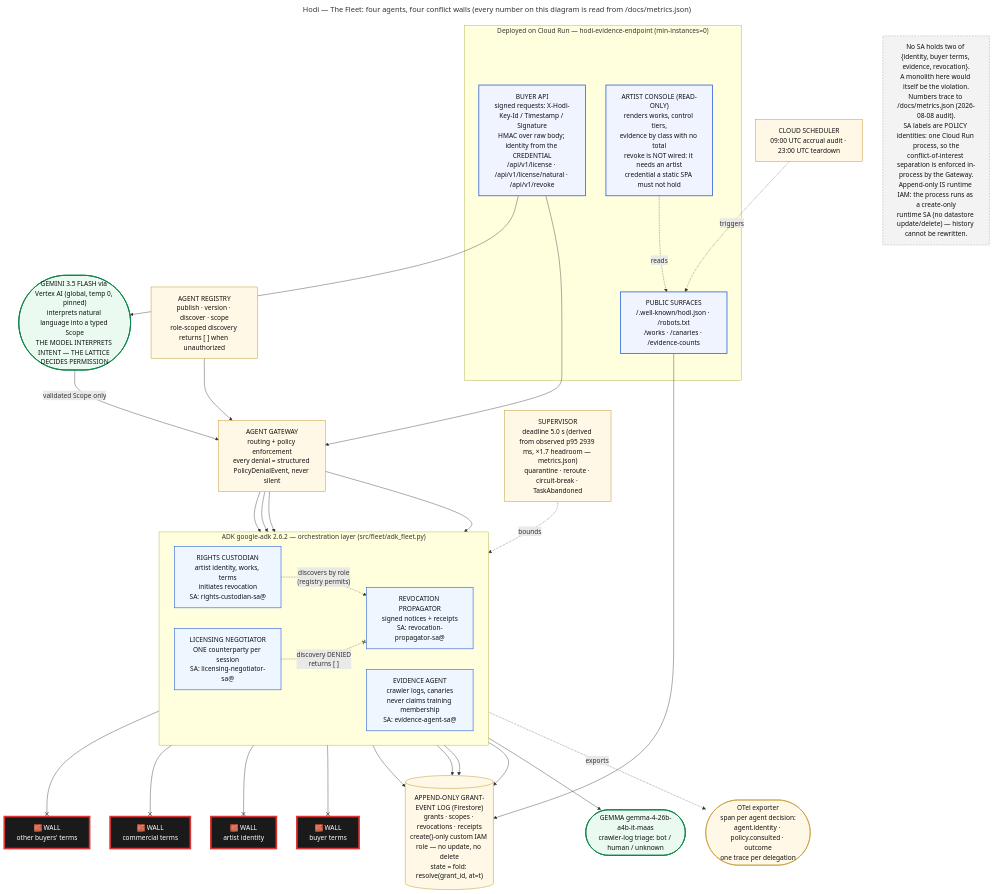
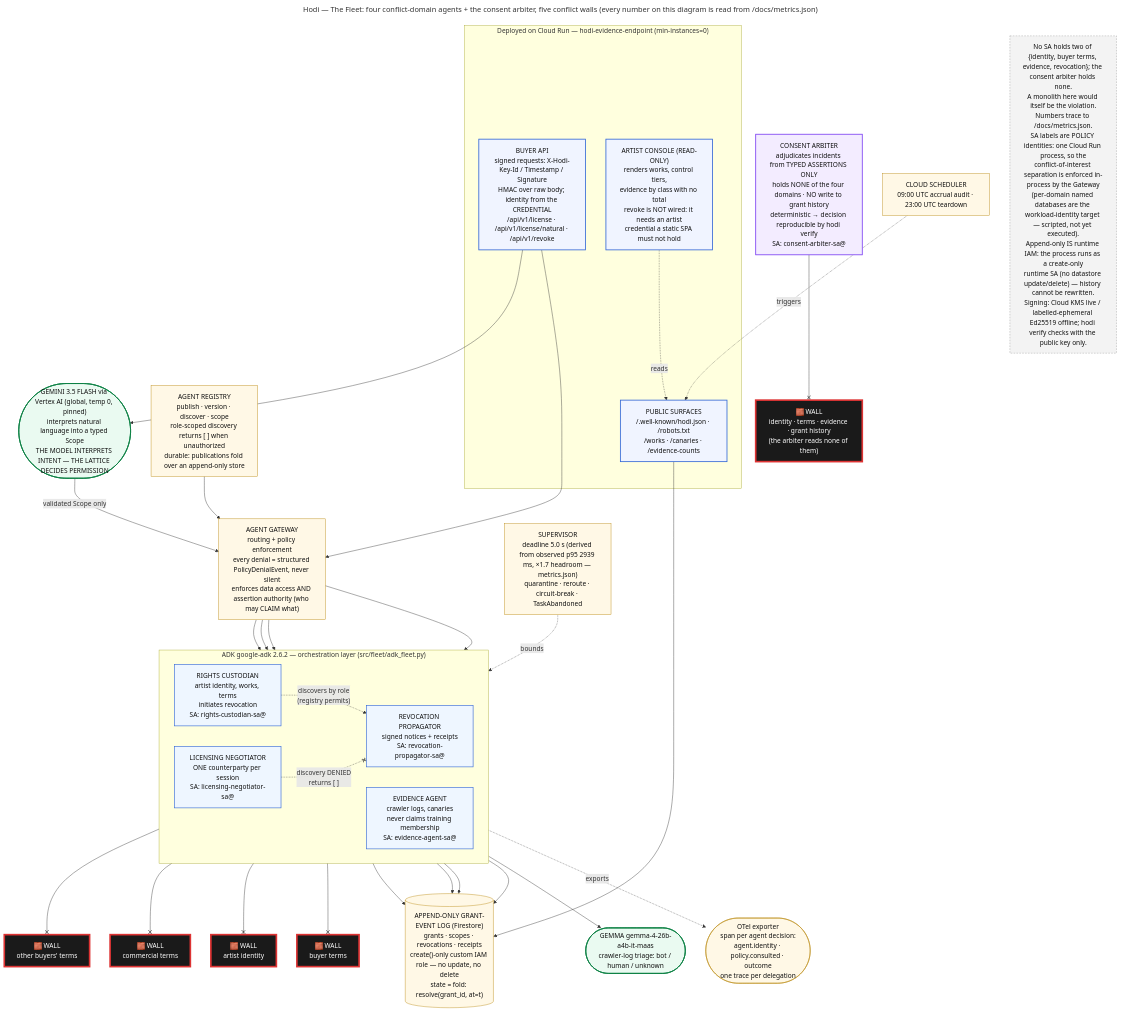
One commit to Jeremiah-Sakuda/Hodi changed the diagram in docs/architecture/diagram_a_the_fleet.mmd. Above: the diagram before and after it, drawn with Mermaid. The commit also changed 6 other files, not shown here.

First line of the commit message:
docs: the review, reflected across README, diagrams, findings, and the build log

```diff
--- a/docs/architecture/diagram_a_the_fleet.mmd
+++ b/docs/architecture/diagram_a_the_fleet.mmd
@@ -1,83 +1,89 @@
 ---
-title: "Hodi — The Fleet: four agents, four conflict walls (every number on this diagram is read from /docs/metrics.json)"
+title: "Hodi — The Fleet: four conflict-domain agents + the consent arbiter, five conflict walls (every number on this diagram is read from /docs/metrics.json)"
 ---
 flowchart TB
 
-    REG["AGENT REGISTRY<br/>publish · version · discover · scope<br/>role-scoped discovery returns [ ] when unauthorized"]
+    REG["AGENT REGISTRY<br/>publish · version · discover · scope<br/>role-scoped discovery returns [ ] when unauthorized<br/>durable: publications fold over an append-only store"]
 
-    GW["AGENT GATEWAY<br/>routing + policy enforcement<br/>every denial = structured PolicyDenialEvent, never silent"]
+    GW["AGENT GATEWAY<br/>routing + policy enforcement<br/>every denial = structured PolicyDenialEvent, never silent<br/>enforces data access AND assertion authority (who may CLAIM what)"]
 
     REG --> GW
 
     subgraph ADK["ADK google-adk 2.6.2 — orchestration layer (src/fleet/adk_fleet.py)"]
         direction LR
         RC["RIGHTS CUSTODIAN<br/>artist identity, works, terms<br/>initiates revocation<br/>SA: rights-custodian-sa@"]
         LN["LICENSING NEGOTIATOR<br/>ONE counterparty per session<br/>SA: licensing-negotiator-sa@"]
         EV["EVIDENCE AGENT<br/>crawler logs, canaries<br/>never claims training membership<br/>SA: evidence-agent-sa@"]
         RP["REVOCATION PROPAGATOR<br/>signed notices + receipts<br/>SA: revocation-propagator-sa@"]
     end
 
     OTEL(["OTel exporter<br/>span per agent decision:<br/>agent.identity · policy.consulted · outcome<br/>one trace per delegation"])
     ADK -.exports.-> OTEL
 
     RC -. "discovers by role<br/>(registry permits)" .-> RP
     LN -. "discovery DENIED<br/>returns [ ]" .-x RP
 
     GW --> RC
     GW --> LN
     GW --> EV
     GW --> RP
 
+    ARB["CONSENT ARBITER<br/>adjudicates incidents from TYPED ASSERTIONS ONLY<br/>holds NONE of the four domains · NO write to grant history<br/>deterministic → decision reproducible by hodi verify<br/>SA: consent-arbiter-sa@"]
+
     W1["🧱 WALL<br/>other buyers' terms"]
     W2["🧱 WALL<br/>commercial terms"]
     W3["🧱 WALL<br/>artist identity"]
     W4["🧱 WALL<br/>buyer terms"]
+    W5["🧱 WALL<br/>identity · terms · evidence · grant history<br/>(the arbiter reads none of them)"]
 
     LN --x W1
     EV --x W2
     RP --x W3
     RC --x W4
+    ARB --x W5
 
     LOG[("APPEND-ONLY GRANT-EVENT LOG (Firestore)<br/>grants · scopes · revocations · receipts<br/>create()-only custom IAM role — no update, no delete<br/>state = fold: resolve(grant_id, at=t)")]
 
     RC --> LOG
     LN --> LOG
     EV --> LOG
     RP --> LOG
 
     SUP["SUPERVISOR<br/>deadline 5.0 s (derived from observed p95 2939 ms, ×1.7 headroom — metrics.json)<br/>quarantine · reroute · circuit-break · TaskAbandoned"]
     SUP -.bounds.-> ADK
 
     subgraph DEPLOYED["Deployed on Cloud Run — hodi-evidence-endpoint (min-instances=0)"]
         API["BUYER API<br/>signed requests: X-Hodi-Key-Id / Timestamp / Signature<br/>HMAC over raw body; identity from the CREDENTIAL<br/>/api/v1/license · /api/v1/license/natural · /api/v1/revoke"]
         PUB["PUBLIC SURFACES<br/>/.well-known/hodi.json · /robots.txt<br/>/works · /canaries · /evidence-counts"]
         CON["ARTIST CONSOLE (READ-ONLY)<br/>renders works, control tiers,<br/>evidence by class with no total<br/>revoke is NOT wired: it needs an artist<br/>credential a static SPA must not hold"]
     end
 
     GEM(["GEMINI 3.5 FLASH via Vertex AI (global, temp 0, pinned)<br/>interprets natural language into a typed Scope<br/>THE MODEL INTERPRETS INTENT — THE LATTICE DECIDES PERMISSION"])
     GMA(["GEMMA gemma-4-26b-a4b-it-maas<br/>crawler-log triage: bot / human / unknown"])
     SCH["CLOUD SCHEDULER<br/>09:00 UTC accrual audit · 23:00 UTC teardown"]
 
     API --> GEM
     GEM -- "validated Scope only" --> GW
     API --> GW
     CON -. reads .-> PUB
     PUB --> LOG
     EV --> GMA
     SCH -.triggers.-> PUB
 
-    NOTE["No SA holds two of {identity, buyer terms, evidence, revocation}.<br/>A monolith here would itself be the violation.<br/>Numbers trace to /docs/metrics.json (2026-08-08 audit).<br/>SA labels are POLICY identities: one Cloud Run process, so the<br/>conflict-of-interest separation is enforced in-process by the Gateway.<br/>Append-only IS runtime IAM: the process runs as a create-only<br/>runtime SA (no datastore update/delete) — history cannot be rewritten."]
+    NOTE["No SA holds two of {identity, buyer terms, evidence, revocation}; the consent arbiter holds none.<br/>A monolith here would itself be the violation.<br/>Numbers trace to /docs/metrics.json.<br/>SA labels are POLICY identities: one Cloud Run process, so the<br/>conflict-of-interest separation is enforced in-process by the Gateway<br/>(per-domain named databases are the workload-identity target — scripted, not yet executed).<br/>Append-only IS runtime IAM: the process runs as a create-only<br/>runtime SA (no datastore update/delete) — history cannot be rewritten.<br/>Signing: Cloud KMS live / labelled-ephemeral Ed25519 offline; hodi verify checks with the public key only."]
 
     classDef wall fill:#1a1a1a,color:#ffffff,stroke:#d33,stroke-width:4px
     classDef agent fill:#eef6ff,stroke:#3367d6,stroke-width:1.5px,color:#111
+    classDef arbiter fill:#f3ecff,stroke:#7b3ff2,stroke-width:2px,color:#111
     classDef infra fill:#fff8e6,stroke:#b8860b,color:#111
     classDef note fill:#f3f3f3,stroke:#999,stroke-dasharray:4 3,color:#111
     classDef model fill:#eafaf1,stroke:#0b8043,stroke-width:2px,color:#111
     classDef deployed fill:#f0f4ff,stroke:#3367d6,stroke-width:2px,color:#111
 
-    class W1,W2,W3,W4 wall
+    class W1,W2,W3,W4,W5 wall
     class RC,LN,EV,RP agent
+    class ARB arbiter
     class REG,GW,LOG,SUP,OTEL,SCH infra
     class GEM,GMA model
     class API,PUB,CON deployed
     class NOTE note
```
